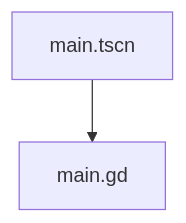
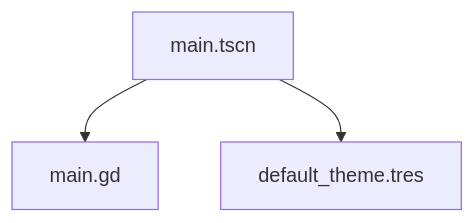
The diagram in 场景结构说明.md (fantege/EmpireGame), drawn with Mermaid before and after one commit. The commit also changed other lines of this file and 4 other files, not shown here.

````diff
--- a/场景结构说明.md
+++ b/场景结构说明.md
@@ -42,4 +76,5 @@
 ```mermaid
 graph TD
     A[main.tscn] --> B[main.gd]
+    A --> C[default_theme.tres]
 ```
````
